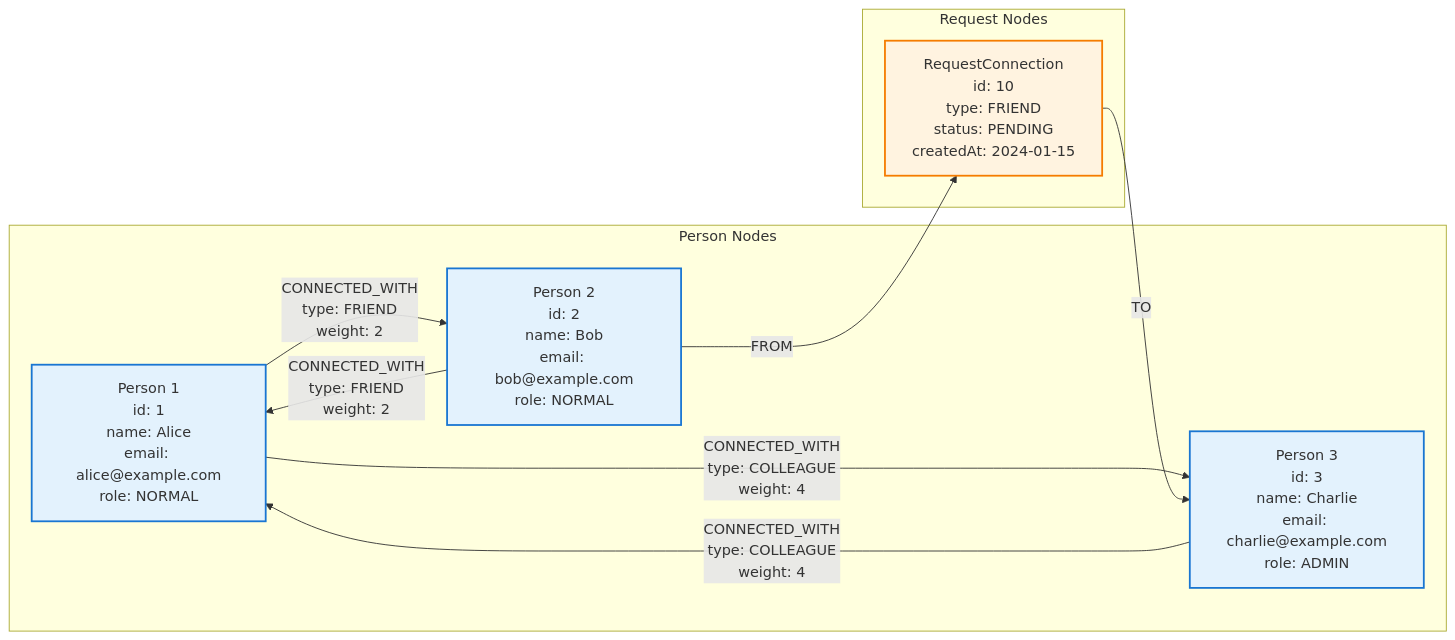
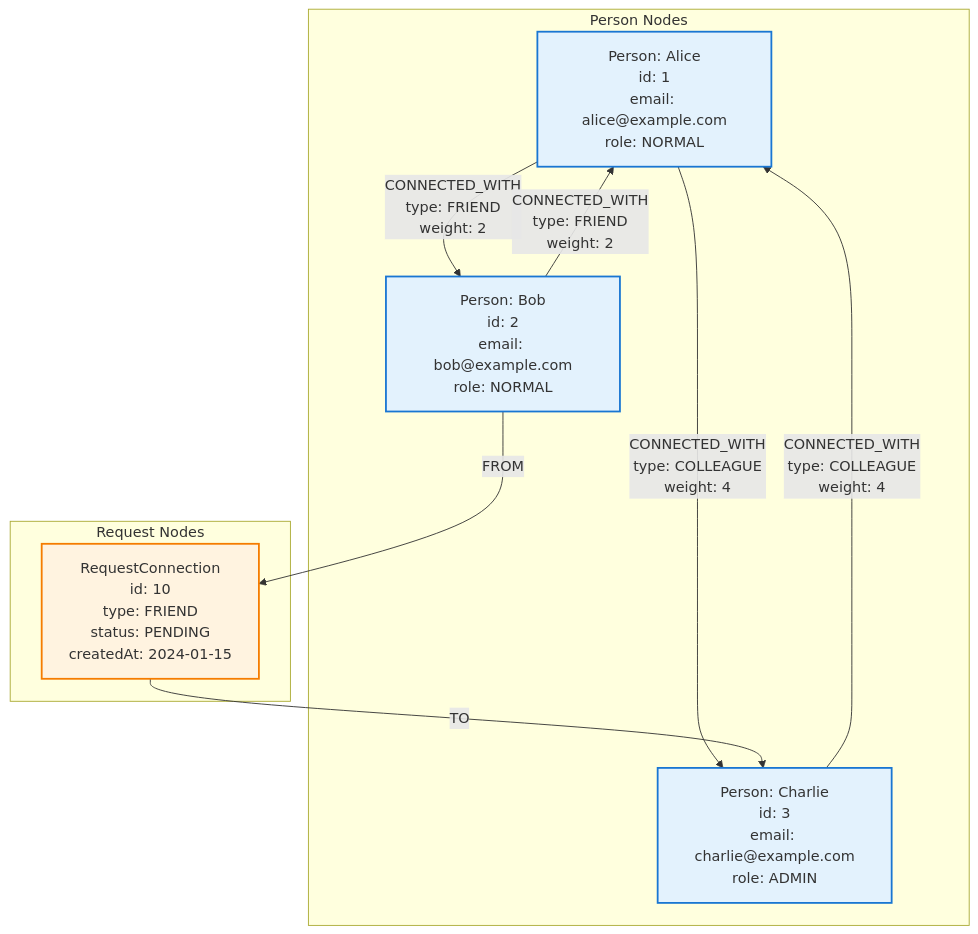
The sixth of 6 diagrams in README.md (Luca5Eckert/vinculo), drawn with Mermaid before and after one commit. The commit also changed other lines of this file, not shown here.

Commit message:
chore: add architecture diagrams for Clean Architecture, DDD modules, and request flow (#4)

````diff
--- a/README.md
+++ b/README.md
@@ -740,26 +625,26 @@
 ```mermaid
-graph LR
+graph TB
     subgraph "Person Nodes"
-        P1[Person 1<br/>id: 1<br/>name: Alice<br/>email: alice@example.com<br/>role: NORMAL]
-        P2[Person 2<br/>id: 2<br/>name: Bob<br/>email: bob@example.com<br/>role: NORMAL]
-        P3[Person 3<br/>id: 3<br/>name: Charlie<br/>email: charlie@example.com<br/>role: ADMIN]
+        P1["Person: Alice<br/>id: 1<br/>email: alice@example.com<br/>role: NORMAL"]
+        P2["Person: Bob<br/>id: 2<br/>email: bob@example.com<br/>role: NORMAL"]
+        P3["Person: Charlie<br/>id: 3<br/>email: charlie@example.com<br/>role: ADMIN"]
     end
     
     subgraph "Request Nodes"
-        R1[RequestConnection<br/>id: 10<br/>type: FRIEND<br/>status: PENDING<br/>createdAt: 2024-01-15]
+        R1["RequestConnection<br/>id: 10<br/>type: FRIEND<br/>status: PENDING<br/>createdAt: 2024-01-15"]
     end
     
     P1 -->|CONNECTED_WITH<br/>type: FRIEND<br/>weight: 2| P2
     P2 -->|CONNECTED_WITH<br/>type: FRIEND<br/>weight: 2| P1
     P1 -->|CONNECTED_WITH<br/>type: COLLEAGUE<br/>weight: 4| P3
     P3 -->|CONNECTED_WITH<br/>type: COLLEAGUE<br/>weight: 4| P1
     
     P2 -->|FROM| R1
     R1 -->|TO| P3
     
     classDef person fill:#e3f2fd,stroke:#1976d2,stroke-width:2px
     classDef request fill:#fff3e0,stroke:#f57c00,stroke-width:2px
     
     class P1,P2,P3 person
     class R1 request
 ```
````
